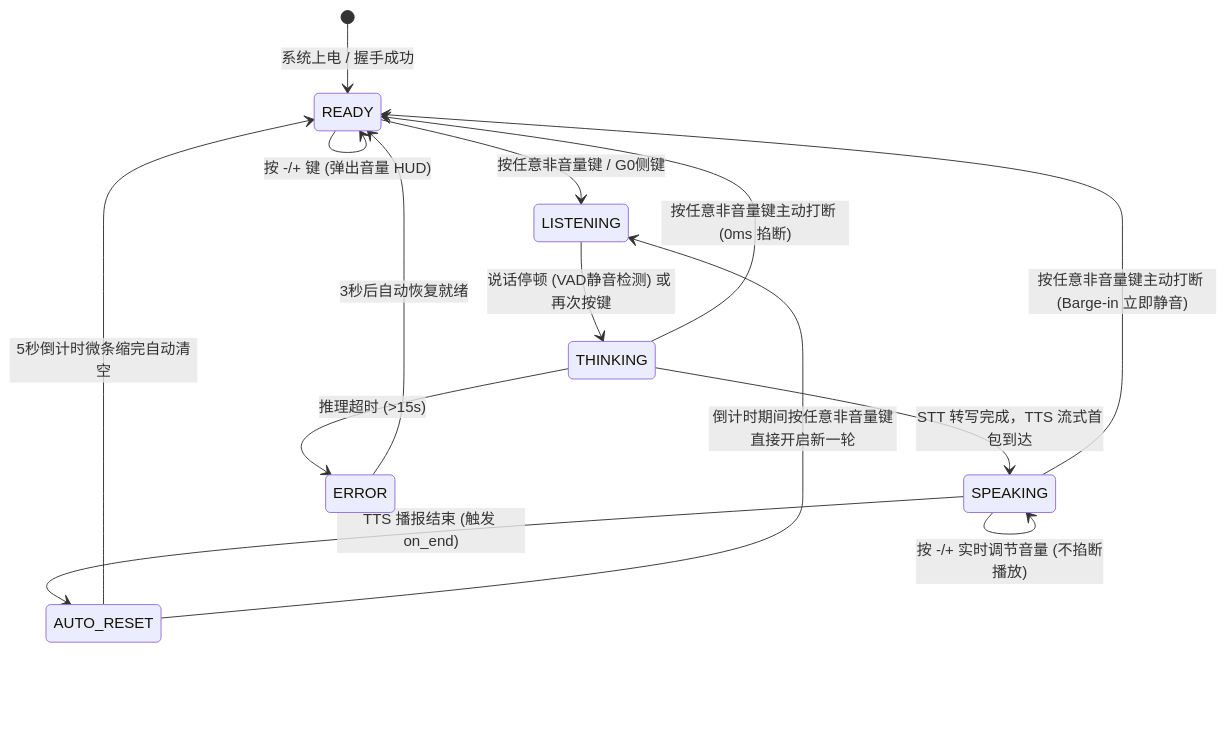
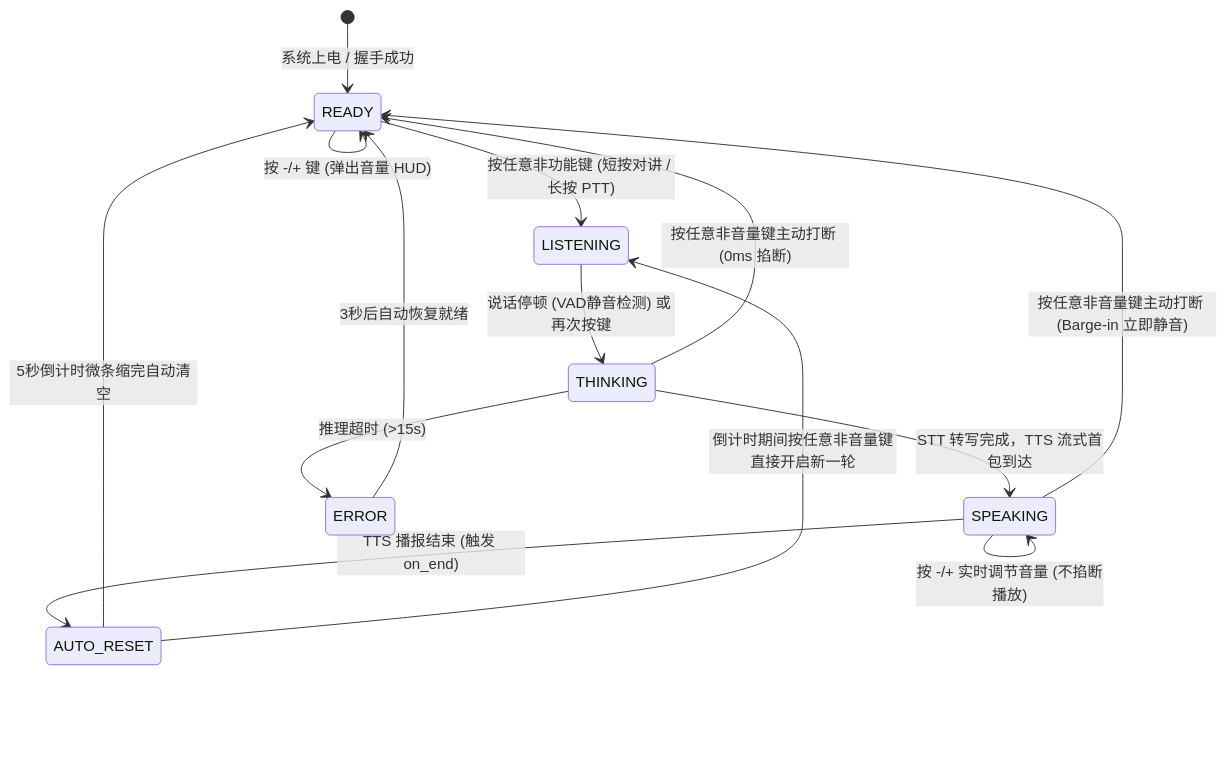
The second of 2 diagrams in docs/ARCHITECTURE.md (seaskyx2/cardputer-voice-assistant), drawn with Mermaid before and after one commit. The commit also changed other lines of this file and 6 other files, not shown here.

Commit message:
docs: sync README, walkthrough, architecture, init script and llms.txt to AI Legion v2.0 (Qwen3-4B)

````diff
--- a/docs/ARCHITECTURE.md
+++ b/docs/ARCHITECTURE.md
@@ -46,22 +46,22 @@
 ```mermaid
 stateDiagram-v2
     [*] --> READY: 系统上电 / 握手成功
     
-    READY --> LISTENING: 按任意非音量键 / G0侧键
+    READY --> LISTENING: 按任意非功能键 (短按对讲 / 长按 PTT)
     READY --> READY: 按 -/+ 键 (弹出音量 HUD)
     
     LISTENING --> THINKING: 说话停顿 (VAD静音检测) 或 再次按键
     
     THINKING --> SPEAKING: STT 转写完成，TTS 流式首包到达
     THINKING --> READY: 按任意非音量键主动打断 (0ms 掐断)
     THINKING --> ERROR: 推理超时 (>15s)
     
     SPEAKING --> AUTO_RESET: TTS 播报结束 (触发 on_end)
     SPEAKING --> SPEAKING: 按 -/+ 实时调节音量 (不掐断播放)
     SPEAKING --> READY: 按任意非音量键主动打断 (Barge-in 立即静音)
     
     AUTO_RESET --> READY: 5秒倒计时微条缩完自动清空
     AUTO_RESET --> LISTENING: 倒计时期间按任意非音量键直接开启新一轮
     
     ERROR --> READY: 3秒后自动恢复就绪
 ```
````
